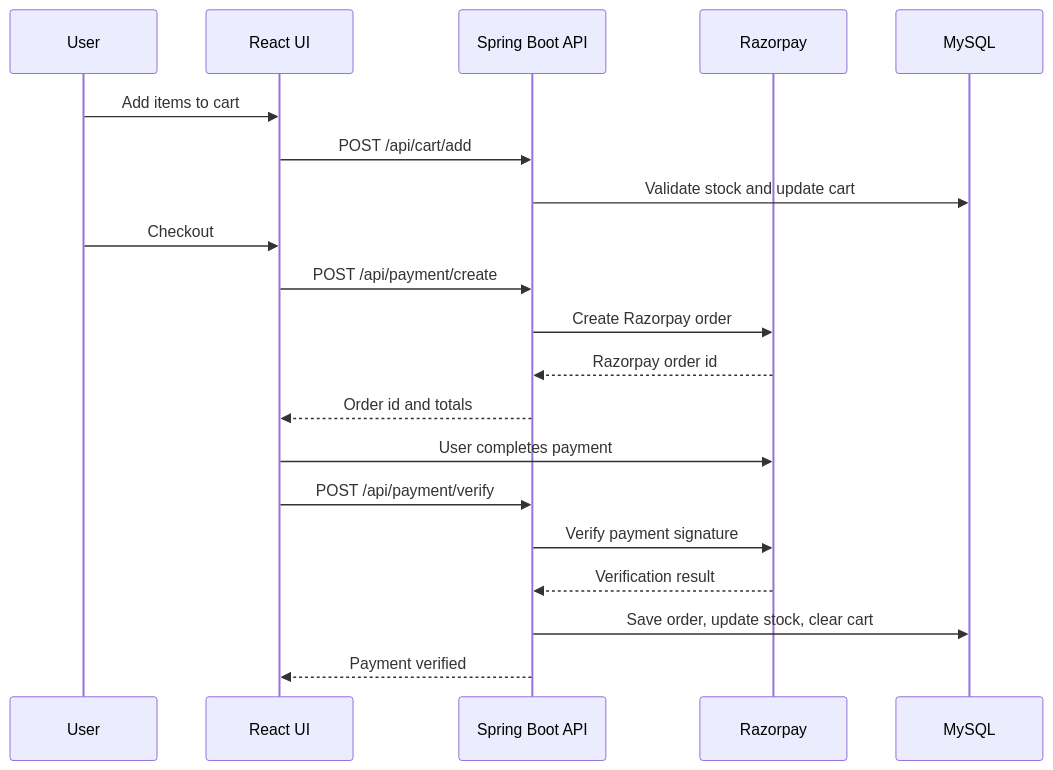
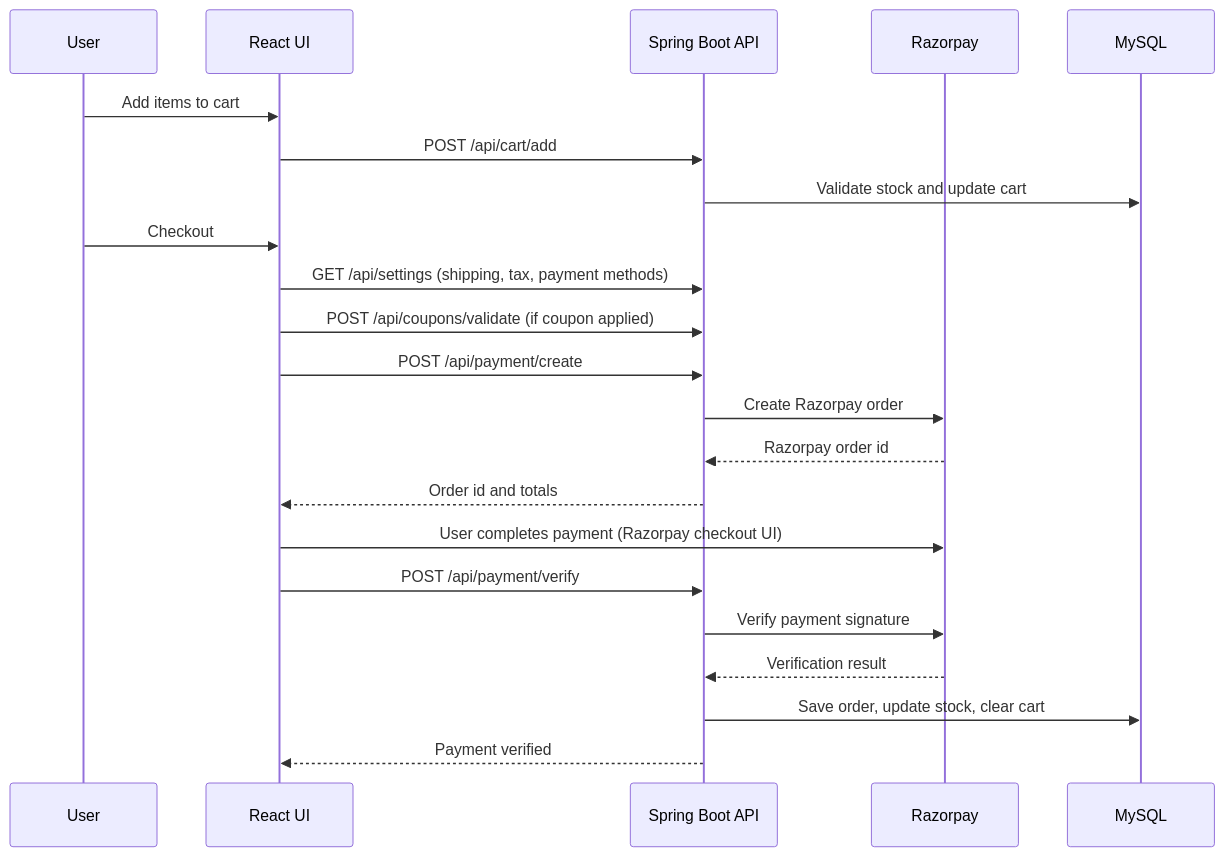
Before and after one commit to annnuuupam/NexCart: the fifth of 12 diagrams in WORKFLOW.md, drawn with Mermaid. The commit also changed other lines of this file and 41 other files, not shown here.

````diff
--- a/WORKFLOW.md
+++ b/WORKFLOW.md
@@ -44,25 +74,27 @@
 ```mermaid
 sequenceDiagram
   participant U as User
   participant FE as React UI
   participant BE as Spring Boot API
   participant RP as Razorpay
   participant DB as MySQL
 
   U->>FE: Add items to cart
   FE->>BE: POST /api/cart/add
   BE->>DB: Validate stock and update cart
 
   U->>FE: Checkout
+  FE->>BE: GET /api/settings (shipping, tax, payment methods)
+  FE->>BE: POST /api/coupons/validate (if coupon applied)
   FE->>BE: POST /api/payment/create
   BE->>RP: Create Razorpay order
   RP-->>BE: Razorpay order id
   BE-->>FE: Order id and totals
 
-  FE->>RP: User completes payment
+  FE->>RP: User completes payment (Razorpay checkout UI)
   FE->>BE: POST /api/payment/verify
   BE->>RP: Verify payment signature
   RP-->>BE: Verification result
   BE->>DB: Save order, update stock, clear cart
   BE-->>FE: Payment verified
 ```
````
